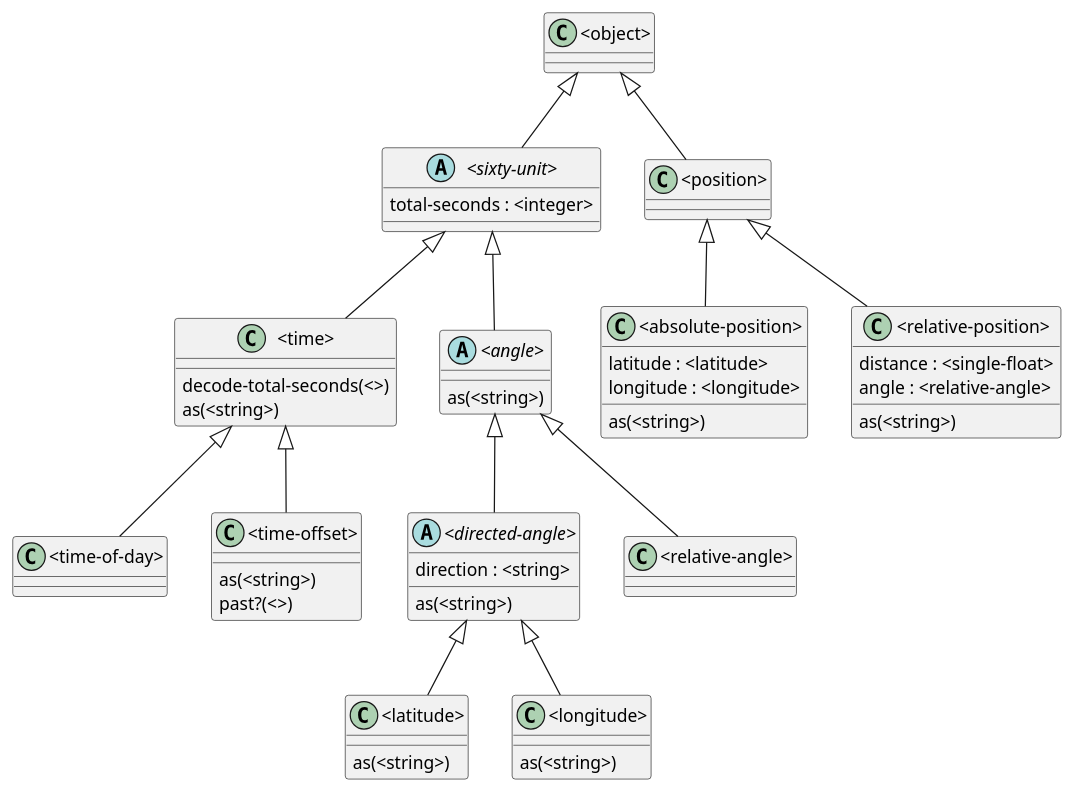
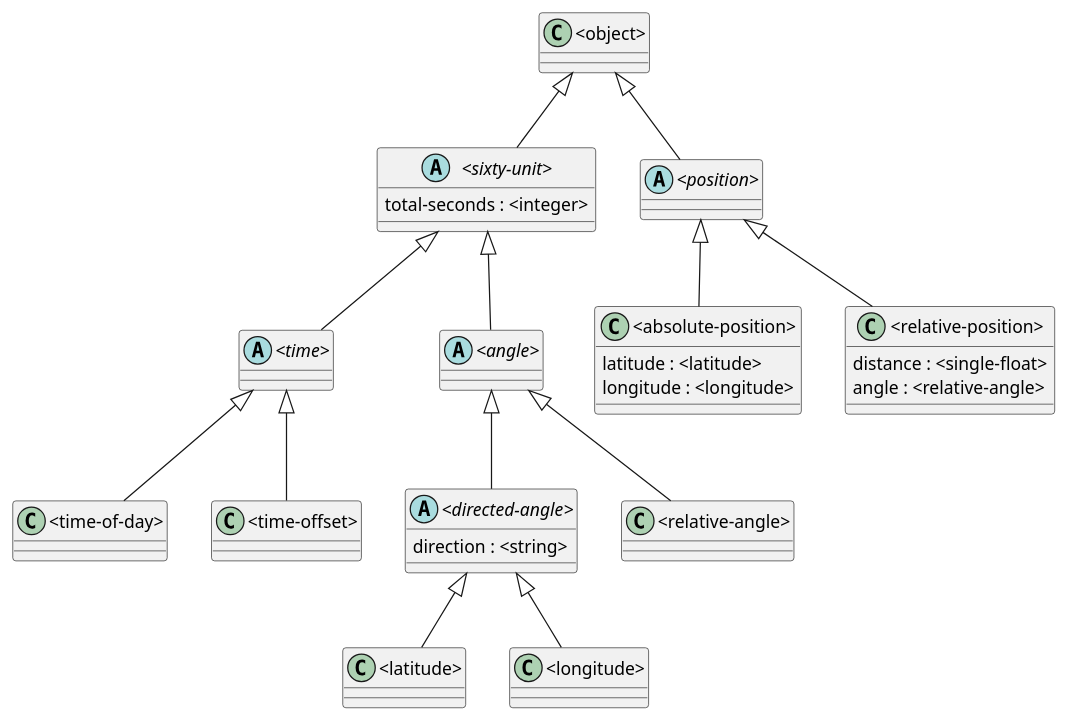
Before and after one commit to fraya/dylan-programming-book: the diagram in doc/class-diagram.plantuml, drawn with PlantUML. The commit also changed 2 other files, not shown here.

```diff
--- a/doc/class-diagram.plantuml
+++ b/doc/class-diagram.plantuml
@@ -1,48 +1,37 @@
 @startuml
 
 class "<object>"
 abstract "<sixty-unit>"
-class "<position>"
-class "<time>"
+abstract "<time>"
+abstract "<angle>"
 class "<time-of-day>"
 class "<time-offset>"
-abstract "<angle>"
 abstract "<directed-angle>"
 class "<relative-angle>"
+abstract "<position>"
+class "<absolute-position>"
+class "<relative-position>"
 class "<latitude>"
 class "<longitude>"
-class "<absolute-position>"
-class "<relative-position>"
 
-"<object>"         <|-- "<sixty-unit>"
-"<object>"         <|-- "<position>"
-"<sixty-unit>"     <|-- "<time>"
-"<sixty-unit>"     <|-- "<angle>"
-"<time>"           <|-- "<time-of-day>"
-"<time>"           <|-- "<time-offset>"
-"<angle>"          <|-- "<directed-angle>"
-"<angle>"          <|-- "<relative-angle>"
+"<object>" <|-- "<sixty-unit>"
+"<object>" <|-- "<position>"
+"<sixty-unit>" <|-- "<time>"
+"<sixty-unit>" <|-- "<angle>"
+"<time>" <|-- "<time-of-day>"
+"<time>" <|-- "<time-offset>"
+"<angle>" <|-- "<directed-angle>"
+"<angle>" <|-- "<relative-angle>"
 "<directed-angle>" <|-- "<latitude>"
 "<directed-angle>" <|-- "<longitude>" 
-"<position>"       <|-- "<absolute-position>"
-"<position>"       <|-- "<relative-position>" 
+"<position>" <|-- "<absolute-position>"
+"<position>" <|-- "<relative-position>" 
 
 "<sixty-unit>" : total-seconds : <integer>
 "<directed-angle>" : direction : <string>
 "<absolute-position>" : latitude : <latitude>
 "<absolute-position>" : longitude : <longitude>
 "<relative-position>" : distance : <single-float>
 "<relative-position>" : angle : <relative-angle>
 
-"<angle>" : as(<string>)
-"<directed-angle>" : as(<string>)
-"<latitude>" : as(<string>)
-"<longitude>" : as(<string>)
-"<absolute-position>" : as(<string>)
-"<relative-position>" : as(<string>)
-"<time>" : decode-total-seconds(<>)
-"<time>" : as(<string>)
-"<time-offset>" : as(<string>)
-"<time-offset>" : past?(<>)
-
 @enduml
```
